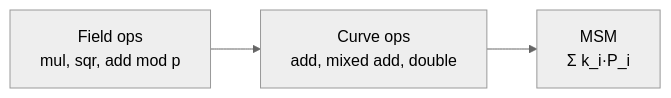
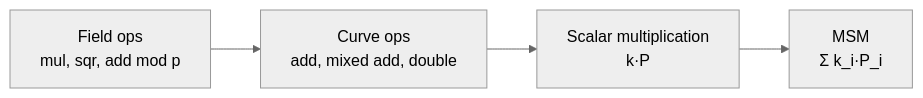
Before and after one commit to KPreisner/sagittal-msm: the diagram in docs/1-msm.md, drawn with Mermaid (neutral theme). The commit also changed other lines of this file and 18 other files, not shown here.

````diff
--- a/docs/1-msm.md
+++ b/docs/1-msm.md
@@ -52,5 +73,6 @@
 ```mermaid
 flowchart LR
     F["Field ops<br/>mul, sqr, add mod p"] --> E["Curve ops<br/>add, mixed add, double"]
-    E --> M["MSM<br/>Σ k_i·P_i"]
+    E --> S["Scalar multiplication<br/>k·P"]
+    S --> M["MSM<br/>Σ k_i·P_i"]
 ```
````
